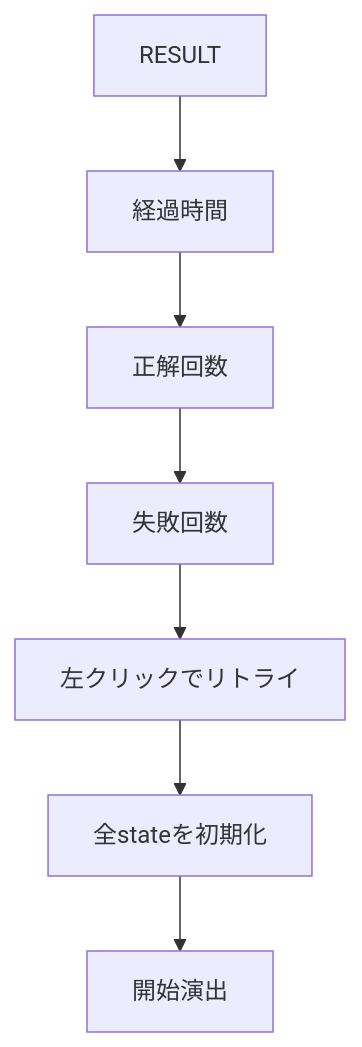
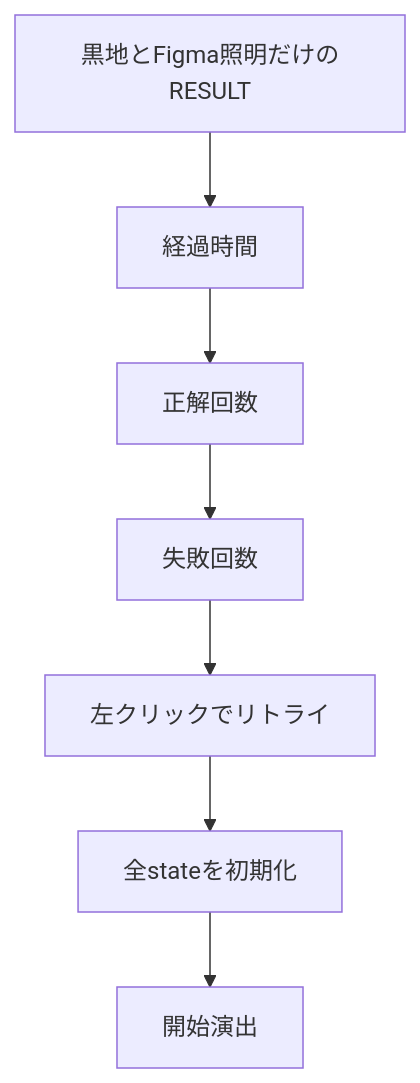
Diagram 13 of 13 in docs/project-flow.md (lycanthr0pes/language-deciphering-game), drawn with Mermaid before and after one commit. The commit also changed other lines of this file and 58 other files, not shown here.

````diff
--- a/docs/project-flow.md
+++ b/docs/project-flow.md
@@ -279,9 +288,9 @@
 ```mermaid
 flowchart TD
-    A[RESULT] --> B[経過時間]
+    A[黒地とFigma照明だけのRESULT] --> B[経過時間]
     B --> C[正解回数]
     C --> D[失敗回数]
     D --> E[左クリックでリトライ]
     E --> F[全stateを初期化]
     F --> G[開始演出]
 ```
````
